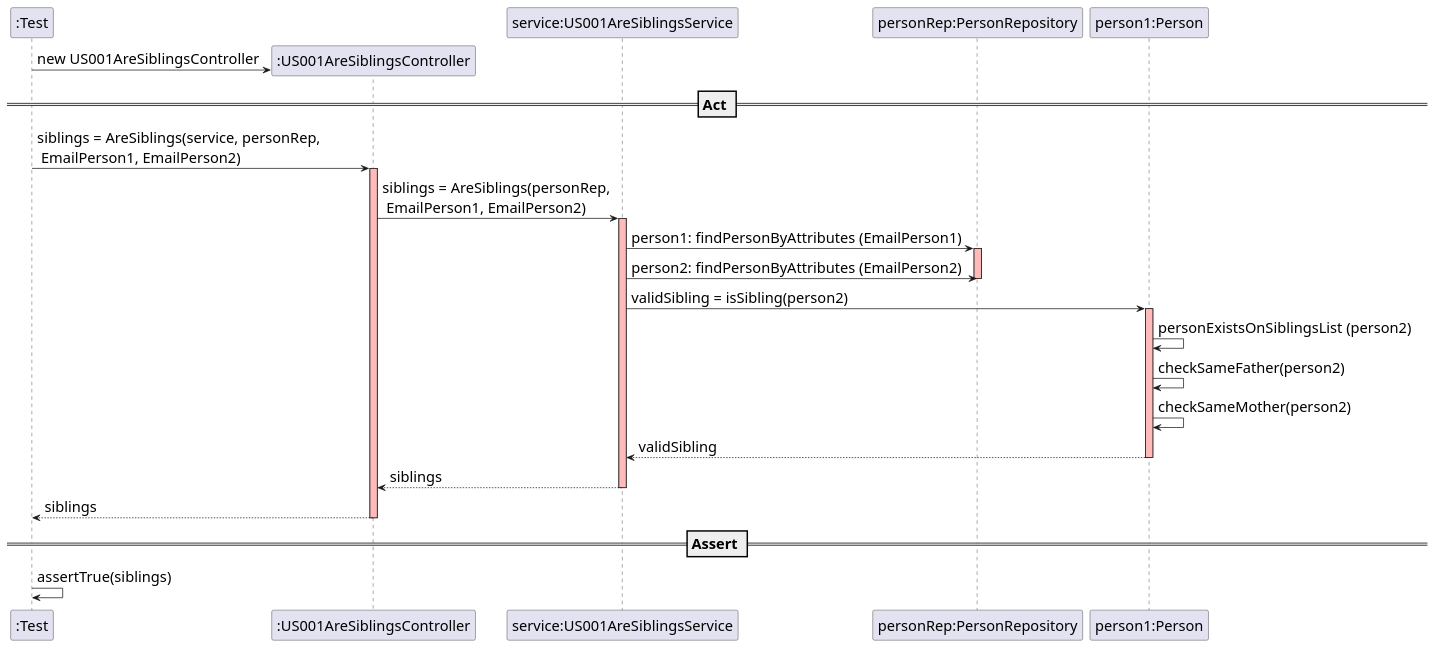
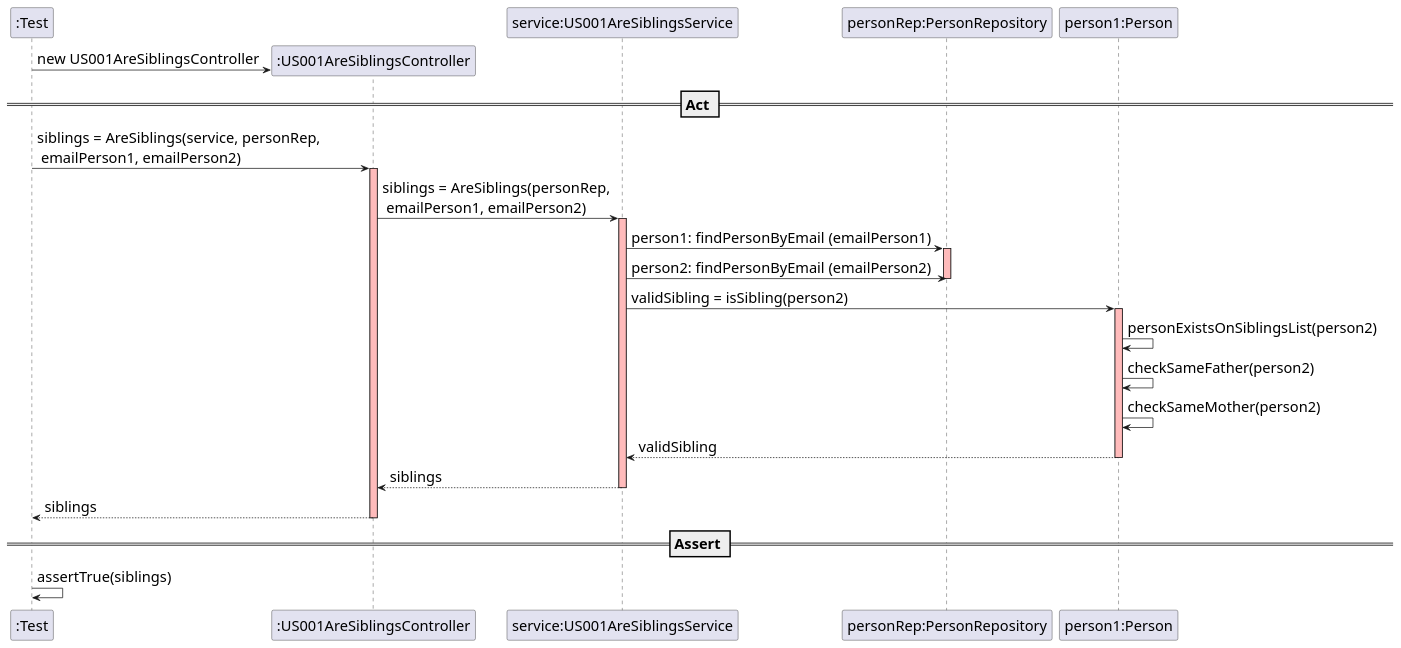
One commit to mleitaoribeiro/DevOpsMaven changed the diagram in src/main/java/switch2019/project/controllers/US001AreSiblingsSD.puml. Above: the diagram before and after it, drawn with PlantUML. The commit also changed 1 other file, not shown here.

```diff
--- a/src/main/java/switch2019/project/controllers/US001AreSiblingsSD.puml
+++ b/src/main/java/switch2019/project/controllers/US001AreSiblingsSD.puml
@@ -1,47 +1,47 @@
 @startuml
 skinparam DefaultFontSize 20
 create ":Test"
 
 create ":US001AreSiblingsController"
 ":Test" -> ":US001AreSiblingsController" : new US001AreSiblingsController
 
 participant "service:US001AreSiblingsService"
 participant "personRep:PersonRepository"
 participant "person1:Person"
 
 == Act ==
 
-":Test" -> ":US001AreSiblingsController" : siblings = AreSiblings(service, personRep,\n EmailPerson1, EmailPerson2)
+":Test" -> ":US001AreSiblingsController" : siblings = AreSiblings(service, personRep,\n emailPerson1, emailPerson2)
 activate ":US001AreSiblingsController"  #FFBBBB
 
-":US001AreSiblingsController"-> "service:US001AreSiblingsService" : siblings = AreSiblings(personRep,\n EmailPerson1, EmailPerson2)
+":US001AreSiblingsController"-> "service:US001AreSiblingsService" : siblings = AreSiblings(personRep,\n emailPerson1, emailPerson2)
 activate "service:US001AreSiblingsService"  #FFBBBB
 
-"service:US001AreSiblingsService" -> "personRep:PersonRepository" : person1: findPersonByAttributes (EmailPerson1)
+"service:US001AreSiblingsService" -> "personRep:PersonRepository" : person1: findPersonByEmail (emailPerson1)
 activate "personRep:PersonRepository" #FFBBBB
 
-"service:US001AreSiblingsService" -> "personRep:PersonRepository" : person2: findPersonByAttributes (EmailPerson2)
+"service:US001AreSiblingsService" -> "personRep:PersonRepository" : person2: findPersonByEmail (emailPerson2)
 
 deactivate "personRep:PersonRepository" #FFBBBB
 
 "service:US001AreSiblingsService" -> "person1:Person" : validSibling = isSibling(person2)
 activate "person1:Person"  #FFBBBB
 
-"person1:Person" -> "person1:Person" :  personExistsOnSiblingsList (person2)
+"person1:Person" -> "person1:Person" :  personExistsOnSiblingsList(person2)
 "person1:Person" -> "person1:Person" :  checkSameFather(person2)
 "person1:Person" -> "person1:Person" :  checkSameMother(person2)
 
 "person1:Person" --> "service:US001AreSiblingsService" : validSibling
 deactivate "person1:Person"
 
 "service:US001AreSiblingsService"--> ":US001AreSiblingsController" : siblings
 deactivate "service:US001AreSiblingsService"
 
 ":US001AreSiblingsController" --> ":Test" : siblings
 deactivate ":US001AreSiblingsController"
 
 == Assert ==
 
 ":Test" -> ":Test" : assertTrue(siblings)
 
 @enduml
```
